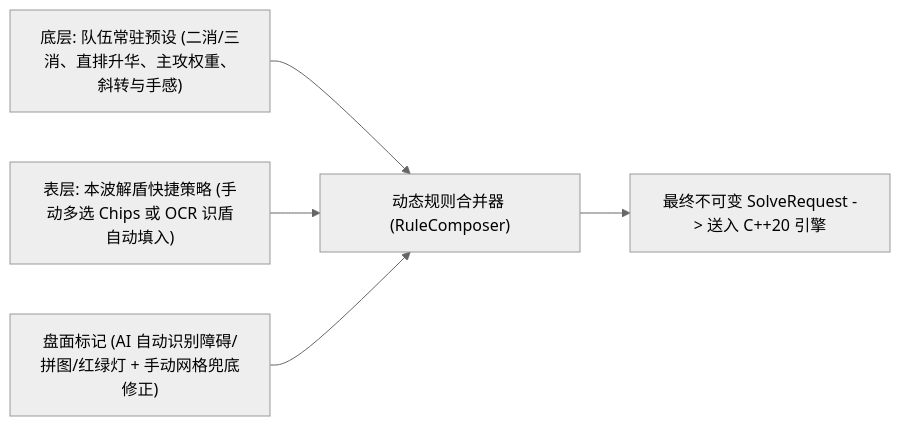
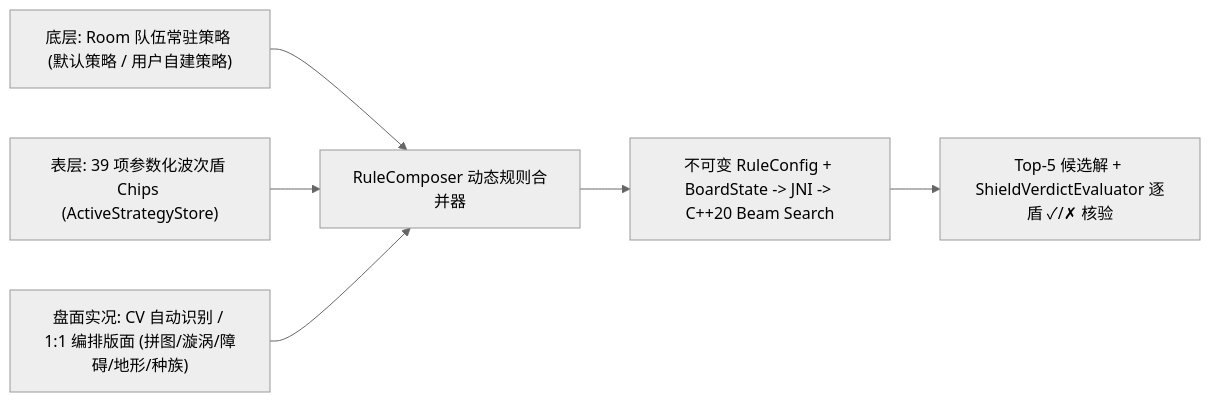
The second of 3 diagrams in docs/ARCHITECTURE.md (CloverKing/AutoDora-NEXT), drawn with Mermaid (neutral theme) before and after one commit. The commit also changed other lines of this file and 13 other files, not shown here.

Commit message:
docs: enrich README with v0.4.2 screenshots, update architecture & planning docs, and enforce doc-sync policy

````diff
--- a/docs/ARCHITECTURE.md
+++ b/docs/ARCHITECTURE.md
@@ -161,7 +86,8 @@
 ```mermaid
 flowchart LR
-    Base["底层: 队伍常驻预设 (二消/三消、直排升华、主攻权重、斜转与手感)"] --> Merge["动态规则合并器 (RuleComposer)"]
-    Wave["表层: 本波解盾快捷策略 (手动多选 Chips 或 OCR 识盾自动填入)"] --> Merge
-    Grid["盘面标记 (AI 自动识别障碍/拼图/红绿灯 + 手动网格兜底修正)"] --> Merge
-    Merge --> Final["最终不可变 SolveRequest -> 送入 C++20 引擎"]
+    Base["底层: Room 队伍常驻策略 (默认策略 / 用户自建策略)"] --> Merge["RuleComposer 动态规则合并器"]
+    Wave["表层: 39 项参数化波次盾 Chips (ActiveStrategyStore)"] --> Merge
+    Board["盘面实况: CV 自动识别 / 1:1 编排版面 (拼图/漩涡/障碍/地形/种族)"] --> Merge
+    Merge --> Final["不可变 RuleConfig + BoardState -> JNI -> C++20 Beam Search"]
+    Final --> Verdict["Top-5 候选解 + ShieldVerdictEvaluator 逐盾 ✓/✗ 核验"]
 ```
````
